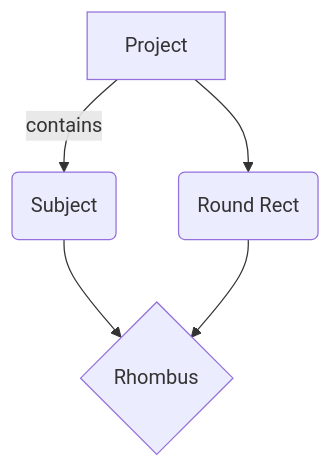
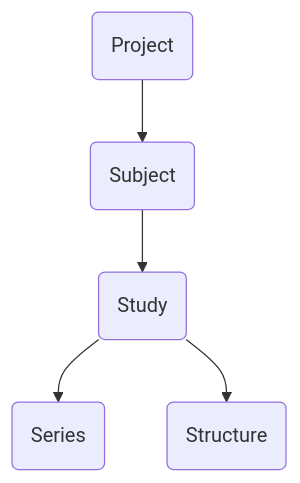
Before and after one commit to BrainImaging/brics-docs: the diagram in docs/viewer.md, drawn with Mermaid. The commit also changed other lines of this file, not shown here.

Commit message:
docs/viewer.md updated from https://stackedit.io/

````diff
--- a/docs/viewer.md
+++ b/docs/viewer.md
@@ -9,7 +9,7 @@
 ```mermaid
 graph TB
-A[Project] -- contains --> B(Subject)
-A --> C(Round Rect)
-B --> D{Rhombus}
-C --> D
+A(Project) --> B(Subject)
+B --> C(Study)
+C --> D(Series)
+C --> E(Structure)
 ```
````
